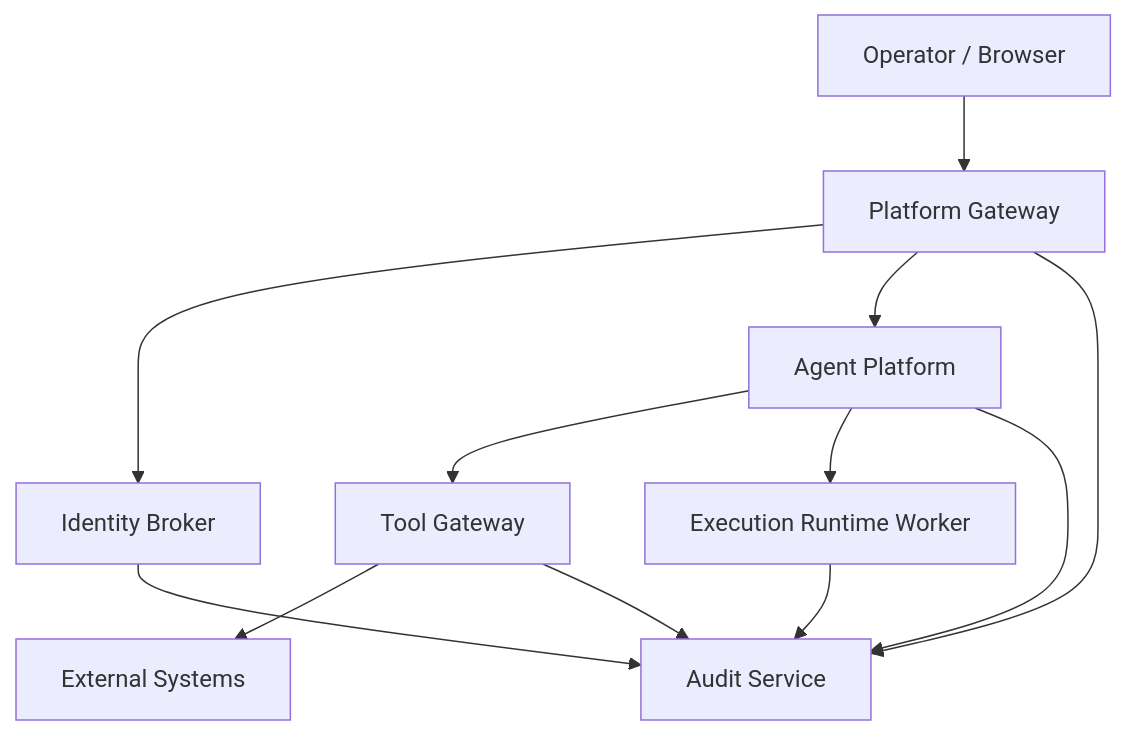
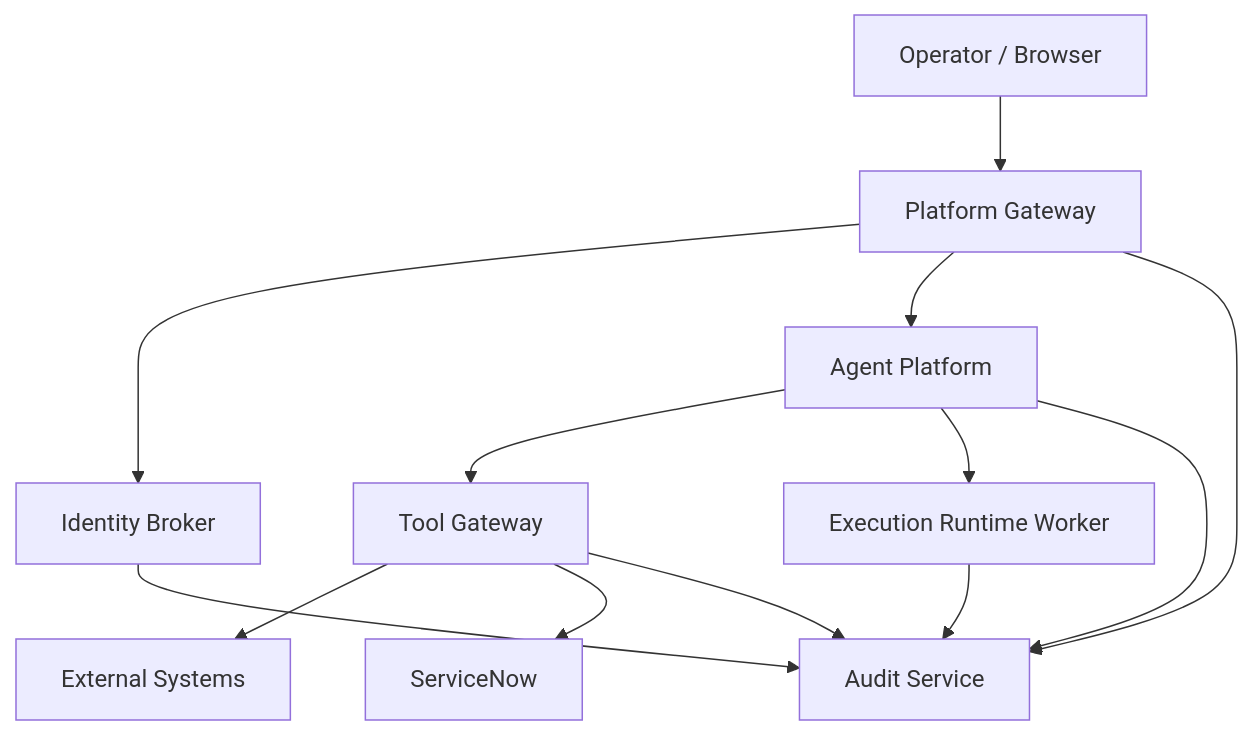
The first of 3 diagrams in .qoder/repowiki/en/content/Troubleshooting and FAQ.md (metasync/luban-aiops), drawn with Mermaid before and after one commit. The commit also changed other lines of this file and 7 other files, not shown here.

Commit message:
docs: index the ServiceNow live-integration guide in the repowiki cache

````diff
--- a/.qoder/repowiki/en/content/Troubleshooting and FAQ.md
+++ b/.qoder/repowiki/en/content/Troubleshooting and FAQ.md
@@ -57,14 +72,15 @@
 ```mermaid
 graph TB
 Client["Operator / Browser"] --> PGW["Platform Gateway"]
 PGW --> IDB["Identity Broker"]
 PGW --> AGP["Agent Platform"]
 AGP --> TGW["Tool Gateway"]
 AGP --> ERW["Execution Runtime Worker"]
 TGW --> EXT["External Systems"]
+TGW --> SNOW["ServiceNow"]
 PGW --> AUD["Audit Service"]
 AGP --> AUD
 TGW --> AUD
 IDB --> AUD
 ERW --> AUD
 ```
````
